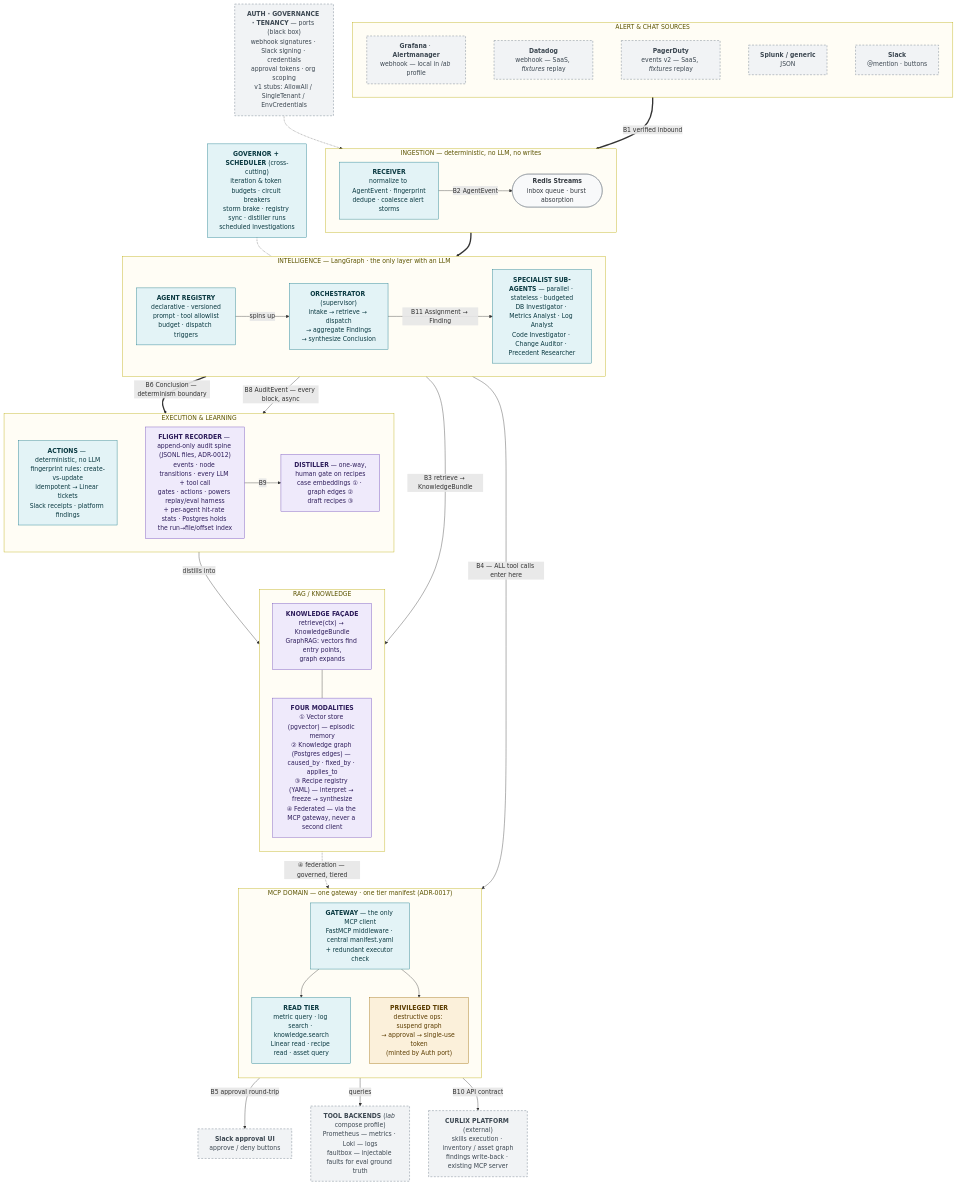
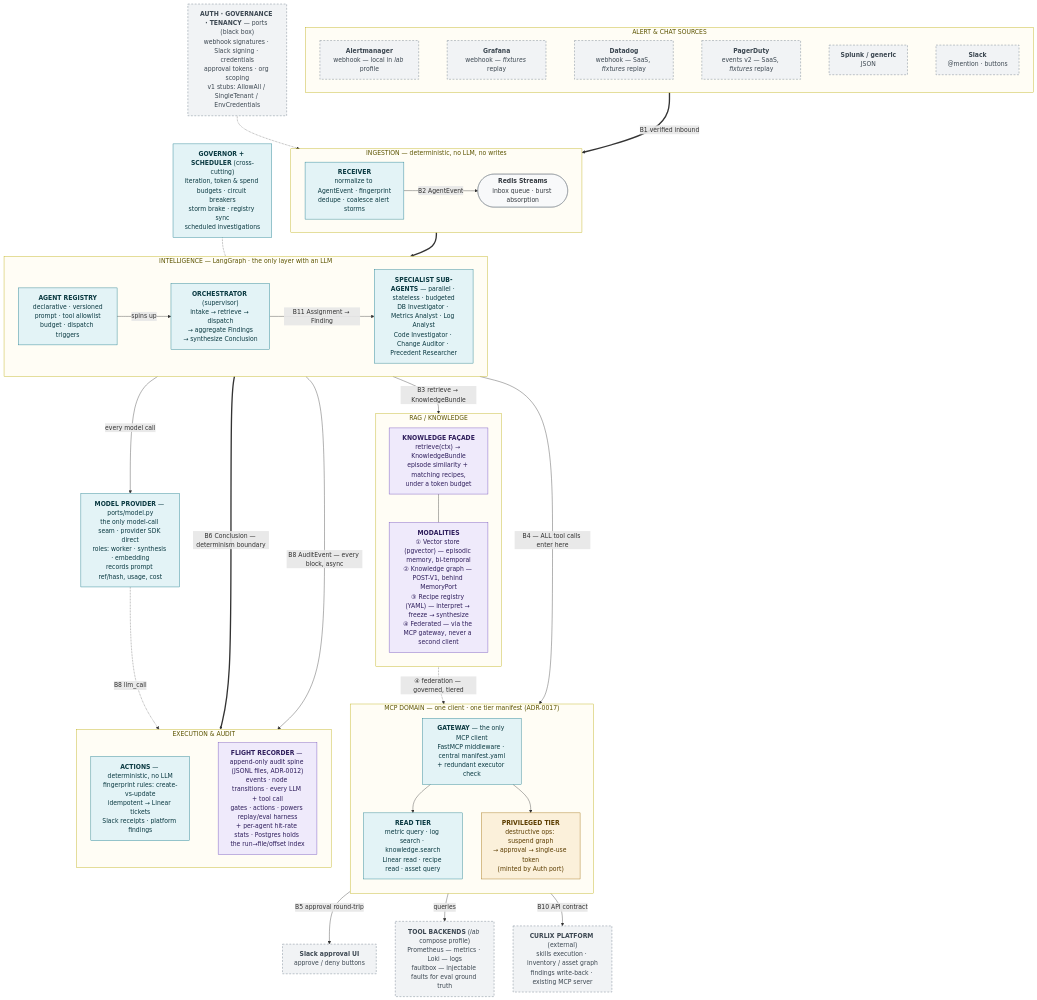
One commit to neerazz/smokejumper changed the diagram in architecture/smokejumper-architecture.mmd. Above: the diagram before and after it, drawn with Mermaid. The commit also changed 2 other files, not shown here.

Commit message:
docs: regenerate architecture diagrams for the three-service topology
Flow diagram (.mmd, re-rendered to SVG with @mermaid-js/mermaid-cli): adds the
ModelProvider seam that now calls the provider SDK directly, splits Alertmanager
(local in `lab`) from Grafana (fixtures replay), marks the knowledge graph
POST-V1, and drops the Distiller node and the learning-loop edges so the
diagram shows what v1 builds. Layer 5 is EXECUTION & AUDIT, not & LEARNING.

Component view (hand-maintained SVG): the same three changes plus a runtime
foundation band that states the three services, and a legend line naming what
is post-v1 instead of describing a Distiller path that does not exist.

```diff
--- a/architecture/smokejumper-architecture.mmd
+++ b/architecture/smokejumper-architecture.mmd
@@ -1,114 +1,120 @@
-%% Smokejumper — High-Level Architecture (v1, 2026-07-10)
+%% Smokejumper — High-Level Architecture (v1, updated 2026-07-26)
 %% Viewpoint: layered container view of the agentic SRE messaging bot core.
 %% Audience: contributors (platform seam = B10). One question answered:
 %%   "What are the blocks, the boundary contracts between them, and which parts
 %%    are core (build) vs black-box ports (stubbed, platform provides later)?"
 %% Editing: this .mmd is the source of truth; re-render the SVG with:
 %%   npx -y @mermaid-js/mermaid-cli -i smokejumper-architecture.mmd -o smokejumper-architecture.svg
 %% Styling: teal = core (you build) · dashed grey = black-box port / external ·
-%%          amber = approval-gated · violet = knowledge/learning loop.
+%%          amber = approval-gated · violet = knowledge / audit spine.
+%% Topology (SPEC decision 17): three deployed services — postgres+pgvector, redis, app.
+%%   There is no proxy tier: our MCP servers run inside the app process and the model
+%%   port calls the provider SDK directly. Post-v1, and therefore absent here: the
+%%   knowledge-graph tables with ≤2-hop expansion, and the Distiller.
 %% Governance invariant (ADR-0017): EVERY tool call — sub-agent or knowledge federation —
 %%   enters through GW. There is deliberately no edge that reaches CURLIX or a backend
 %%   without crossing the gateway first.
 %% B8 (AuditEvent): EVERY core block appends to the Flight Recorder async;
 %%   drawn once from the Intelligence layer to keep the layout readable.
 
 flowchart TB
 
   %% ═══ LAYER 1 · SOURCES ══════════════════════════════════════
   subgraph L1["  ALERT & CHAT SOURCES  "]
     direction LR
-    GRAF["<b>Grafana</b> · <b>Alertmanager</b><br/>webhook — local in <i>lab</i> profile"]
+    AM["<b>Alertmanager</b><br/>webhook — local in <i>lab</i> profile"]
+    GRAF["<b>Grafana</b><br/>webhook — <i>fixtures</i> replay"]
     DD["<b>Datadog</b><br/>webhook — SaaS, <i>fixtures</i> replay"]
     PD["<b>PagerDuty</b><br/>events v2 — SaaS, <i>fixtures</i> replay"]
     GEN["<b>Splunk / generic</b><br/>JSON"]
     SLACKIN["<b>Slack</b><br/>@mention · buttons"]
-    GRAF ~~~ DD ~~~ PD ~~~ GEN ~~~ SLACKIN
+    AM ~~~ GRAF ~~~ DD ~~~ PD ~~~ GEN ~~~ SLACKIN
   end
 
   %% ═══ LAYER 2 · INGESTION ════════════════════════════════════
   subgraph L2["  INGESTION — deterministic, no LLM, no writes  "]
     direction LR
     RECV["<b>RECEIVER</b><br/>normalize to AgentEvent · fingerprint<br/>dedupe · coalesce alert storms"]
     QUEUE(["<b>Redis Streams</b><br/>inbox queue · burst absorption"])
     RECV -- "B2 AgentEvent" --> QUEUE
   end
 
   PORTS["<b>AUTH · GOVERNANCE · TENANCY</b> — ports (black box)<br/>webhook signatures · Slack signing · credentials<br/>approval tokens · org scoping<br/>v1 stubs: AllowAll / SingleTenant / EnvCredentials"]
 
   %% ═══ LAYER 3 · INTELLIGENCE ═════════════════════════════════
   subgraph L3["  INTELLIGENCE — LangGraph · the only layer with an LLM  "]
     direction LR
     REG["<b>AGENT REGISTRY</b><br/>declarative · versioned<br/>prompt · tool allowlist<br/>budget · dispatch triggers"]
     ORCH["<b>ORCHESTRATOR</b> (supervisor)<br/>intake → retrieve → dispatch<br/>→ aggregate Findings<br/>→ synthesize Conclusion"]
     AGENTS["<b>SPECIALIST SUB-AGENTS</b> — parallel · stateless · budgeted<br/>DB Investigator · Metrics Analyst · Log Analyst<br/>Code Investigator · Change Auditor · Precedent Researcher"]
     REG -- "spins up" --> ORCH
     ORCH -- "B11 Assignment → Finding" --> AGENTS
   end
 
-  GOVSCHED["<b>GOVERNOR + SCHEDULER</b> (cross-cutting)<br/>iteration & token budgets · circuit breakers<br/>storm brake · registry sync · distiller runs<br/>scheduled investigations"]
+  GOVSCHED["<b>GOVERNOR + SCHEDULER</b> (cross-cutting)<br/>iteration, token &amp; spend budgets · circuit breakers<br/>storm brake · registry sync<br/>scheduled investigations"]
+
+  MODELS["<b>MODEL PROVIDER</b> — ports/model.py<br/>the only model-call seam · provider SDK direct<br/>roles: worker · synthesis · embedding<br/>records prompt ref/hash, usage, cost"]
 
   %% ═══ LAYER 4 · KNOWLEDGE & TOOLS ════════════════════════════
   subgraph L4K["  RAG / KNOWLEDGE  "]
     direction TB
-    FACADE["<b>KNOWLEDGE FAÇADE</b><br/>retrieve(ctx) → KnowledgeBundle<br/>GraphRAG: vectors find entry points,<br/>graph expands"]
-    MODS["<b>FOUR MODALITIES</b><br/>① Vector store (pgvector) — episodic memory<br/>② Knowledge graph (Postgres edges) — caused_by · fixed_by · applies_to<br/>③ Recipe registry (YAML) — interpret → freeze → synthesize<br/>④ Federated — via the MCP gateway, never a second client"]
+    FACADE["<b>KNOWLEDGE FAÇADE</b><br/>retrieve(ctx) → KnowledgeBundle<br/>episode similarity + matching recipes,<br/>under a token budget"]
+    MODS["<b>MODALITIES</b><br/>① Vector store (pgvector) — episodic memory, bi-temporal<br/>② Knowledge graph — POST-V1, behind MemoryPort<br/>③ Recipe registry (YAML) — interpret → freeze → synthesize<br/>④ Federated — via the MCP gateway, never a second client"]
     FACADE --- MODS
   end
 
-  subgraph L4H["  MCP DOMAIN — one gateway · one tier manifest (ADR-0017)  "]
+  subgraph L4H["  MCP DOMAIN — one client · one tier manifest (ADR-0017)  "]
     direction TB
     GW["<b>GATEWAY</b> — the only MCP client<br/>FastMCP middleware · central manifest.yaml<br/>+ redundant executor check"]
     READT["<b>READ TIER</b><br/>metric query · log search · knowledge.search<br/>Linear read · recipe read · asset query"]
     PRIVT["<b>PRIVILEGED TIER</b><br/>destructive ops: suspend graph<br/>→ approval → single-use token<br/>(minted by Auth port)"]
     GW --> READT
     GW --> PRIVT
   end
 
   BACKENDS["<b>TOOL BACKENDS</b> (<i>lab</i> compose profile)<br/>Prometheus — metrics · Loki — logs<br/>faultbox — injectable faults for eval ground truth"]
 
   APPROVE["<b>Slack approval UI</b><br/>approve / deny buttons"]
 
-  %% ═══ LAYER 5 · EXECUTION & LEARNING ═════════════════════════
-  subgraph L5["  EXECUTION & LEARNING  "]
+  %% ═══ LAYER 5 · EXECUTION & AUDIT ════════════════════════════
+  subgraph L5["  EXECUTION & AUDIT  "]
     direction LR
     ACT["<b>ACTIONS</b> — deterministic, no LLM<br/>fingerprint rules: create-vs-update<br/>idempotent → Linear tickets<br/>Slack receipts · platform findings"]
     FR["<b>FLIGHT RECORDER</b> — append-only audit spine (JSONL files, ADR-0012)<br/>events · node transitions · every LLM + tool call<br/>gates · actions · powers replay/eval harness<br/>+ per-agent hit-rate stats · Postgres holds the run→file/offset index"]
-    DIST["<b>DISTILLER</b> — one-way,<br/>human gate on recipes<br/>case embeddings ① · graph edges ②<br/>draft recipes ③"]
     ACT ~~~ FR
-    FR -- "B9" --> DIST
   end
 
   CURLIX["<b>CURLIX PLATFORM</b> (external)<br/>skills execution · inventory / asset graph<br/>findings write-back · existing MCP server"]
 
   %% ═══ Primary path (bold) ════════════════════════════════════
   L1 == "B1 verified inbound" ==> RECV
   QUEUE ==> ORCH
   ORCH == "B6 Conclusion — determinism boundary" ==> ACT
 
   %% ═══ Secondary paths ══════════════════════════════════════
   PORTS -.-> RECV
   ORCH -- "B3 retrieve → KnowledgeBundle" --> FACADE
   AGENTS -- "B4 — ALL tool calls enter here" --> GW
+  L3 -- "every model call" --> MODELS
   PRIVT -- "B5 approval round-trip" --> APPROVE
   READT -- "queries" --> BACKENDS
   READT -- "B10 API contract" --> CURLIX
   MODS -. "④ federation — governed, tiered" .-> GW
   L3 -- "B8 AuditEvent — every block, async" --> FR
-  DIST -- "distills into" --> MODS
+  MODELS -. "B8 llm_call" .-> FR
   GOVSCHED -.- L3
 
   %% ═══ Styling ════════════════════════════════════════════════
   classDef core fill:#e3f3f6,stroke:#0b7285,color:#0b3a42;
   classDef port fill:#f1f3f5,stroke:#5b6b7a,stroke-dasharray:5 4,color:#3d4852;
   classDef gate fill:#fbf0da,stroke:#9a6700,color:#5c3d00;
   classDef learn fill:#efeafb,stroke:#6741b8,color:#2f1e5c;
   classDef queue fill:#f8f9fa,stroke:#868e96,color:#343a40;
   classDef layer fill:#fffdf5,stroke:#b8a800,color:#5c5400;
 
-  class RECV,ORCH,REG,AGENTS,GW,READT,ACT,GOVSCHED core;
-  class PORTS,CURLIX,GRAF,DD,PD,GEN,SLACKIN,APPROVE,BACKENDS port;
+  class RECV,ORCH,REG,AGENTS,GW,READT,ACT,GOVSCHED,MODELS core;
+  class PORTS,CURLIX,AM,GRAF,DD,PD,GEN,SLACKIN,APPROVE,BACKENDS port;
   class PRIVT gate;
-  class FACADE,MODS,FR,DIST learn;
+  class FACADE,MODS,FR learn;
   class QUEUE queue;
   class L1,L2,L3,L4K,L4H,L5 layer;
```
